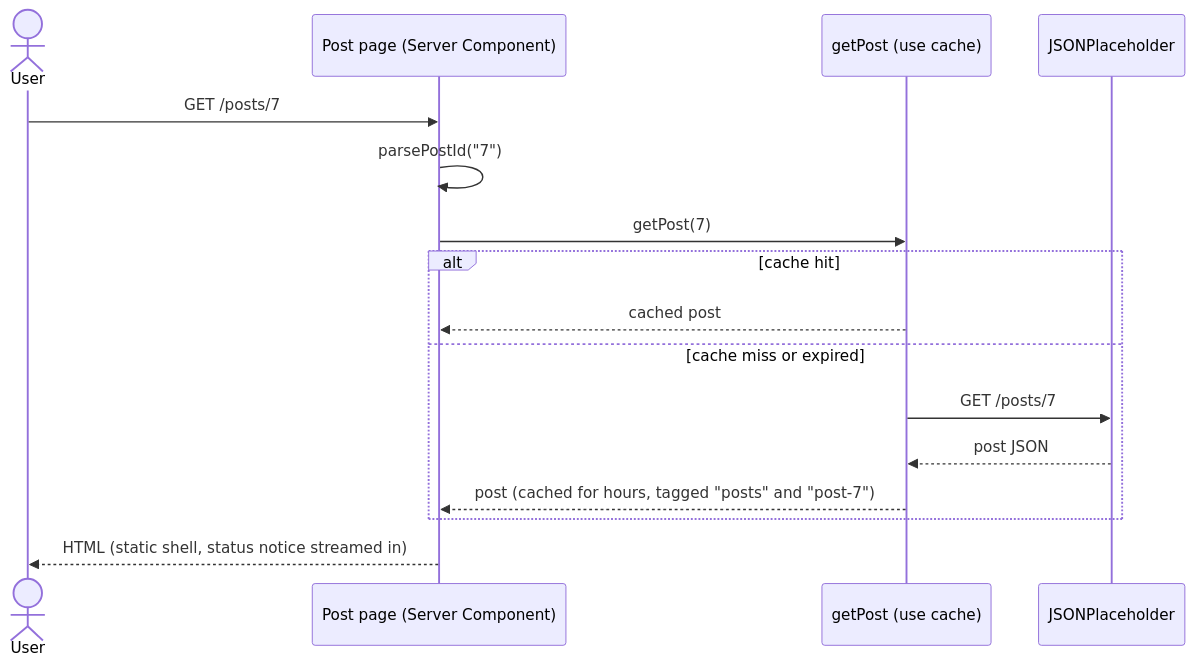
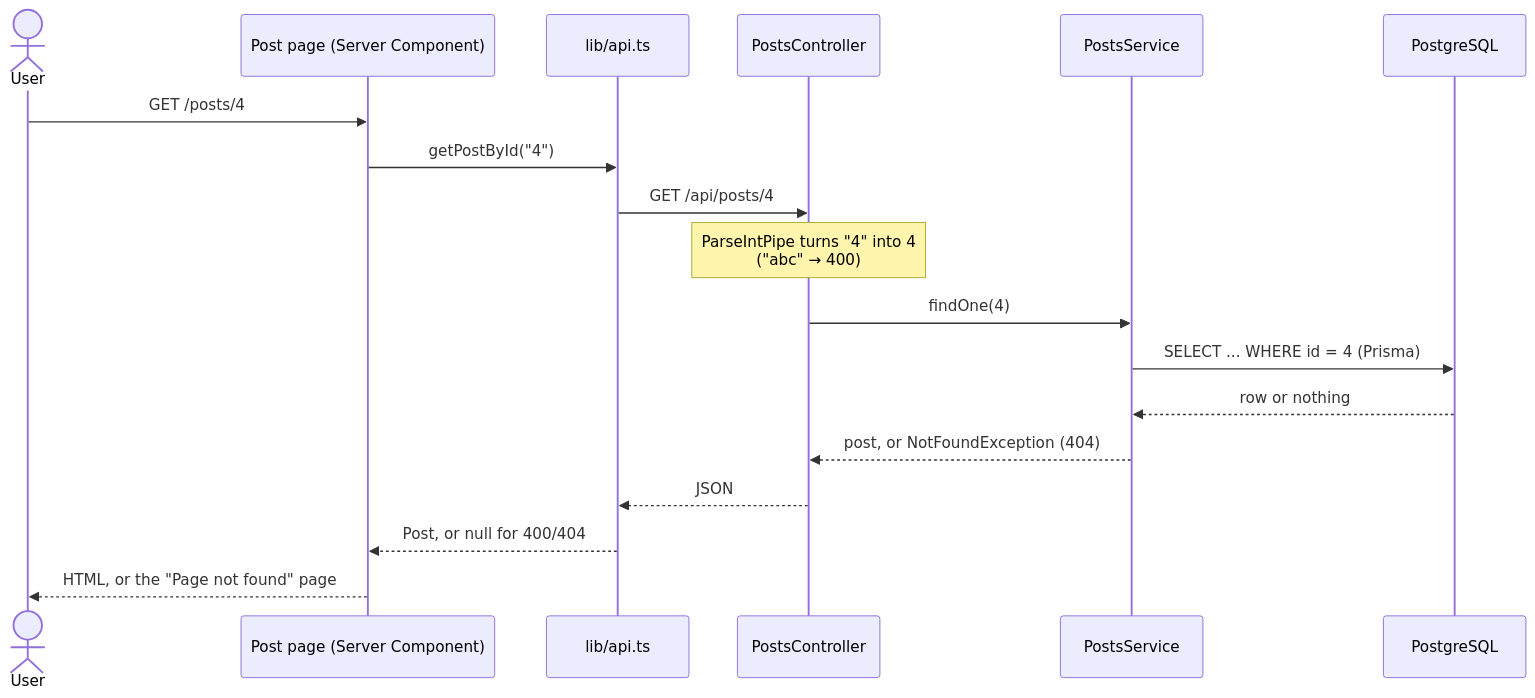
Before and after one commit to TheManana11/content-driven-blog: the second of 3 diagrams in README.md, drawn with Mermaid. The commit also changed other lines of this file and 2 other files, not shown here.

````diff
--- a/README.md
+++ b/README.md
@@ -125,19 +112,21 @@
 ```mermaid
 sequenceDiagram
     actor User
     participant Page as Post page (Server Component)
-    participant Data as getPost (use cache)
-    participant API as JSONPlaceholder
+    participant Api as lib/api.ts
+    participant Ctrl as PostsController
+    participant Svc as PostsService
+    participant DB as PostgreSQL
 
-    User->>Page: GET /posts/7
-    Page->>Page: parsePostId("7")
-    Page->>Data: getPost(7)
-    alt cache hit
-        Data-->>Page: cached post
-    else cache miss or expired
-        Data->>API: GET /posts/7
-        API-->>Data: post JSON
-        Data-->>Page: post (cached for hours, tagged "posts" and "post-7")
-    end
-    Page-->>User: HTML (static shell, status notice streamed in)
+    User->>Page: GET /posts/4
+    Page->>Api: getPostById("4")
+    Api->>Ctrl: GET /api/posts/4
+    Note over Ctrl: ParseIntPipe turns "4" into 4<br/>("abc" → 400)
+    Ctrl->>Svc: findOne(4)
+    Svc->>DB: SELECT ... WHERE id = 4 (Prisma)
+    DB-->>Svc: row or nothing
+    Svc-->>Ctrl: post, or NotFoundException (404)
+    Ctrl-->>Api: JSON
+    Api-->>Page: Post, or null for 400/404
+    Page-->>User: HTML, or the "Page not found" page
 ```
````
